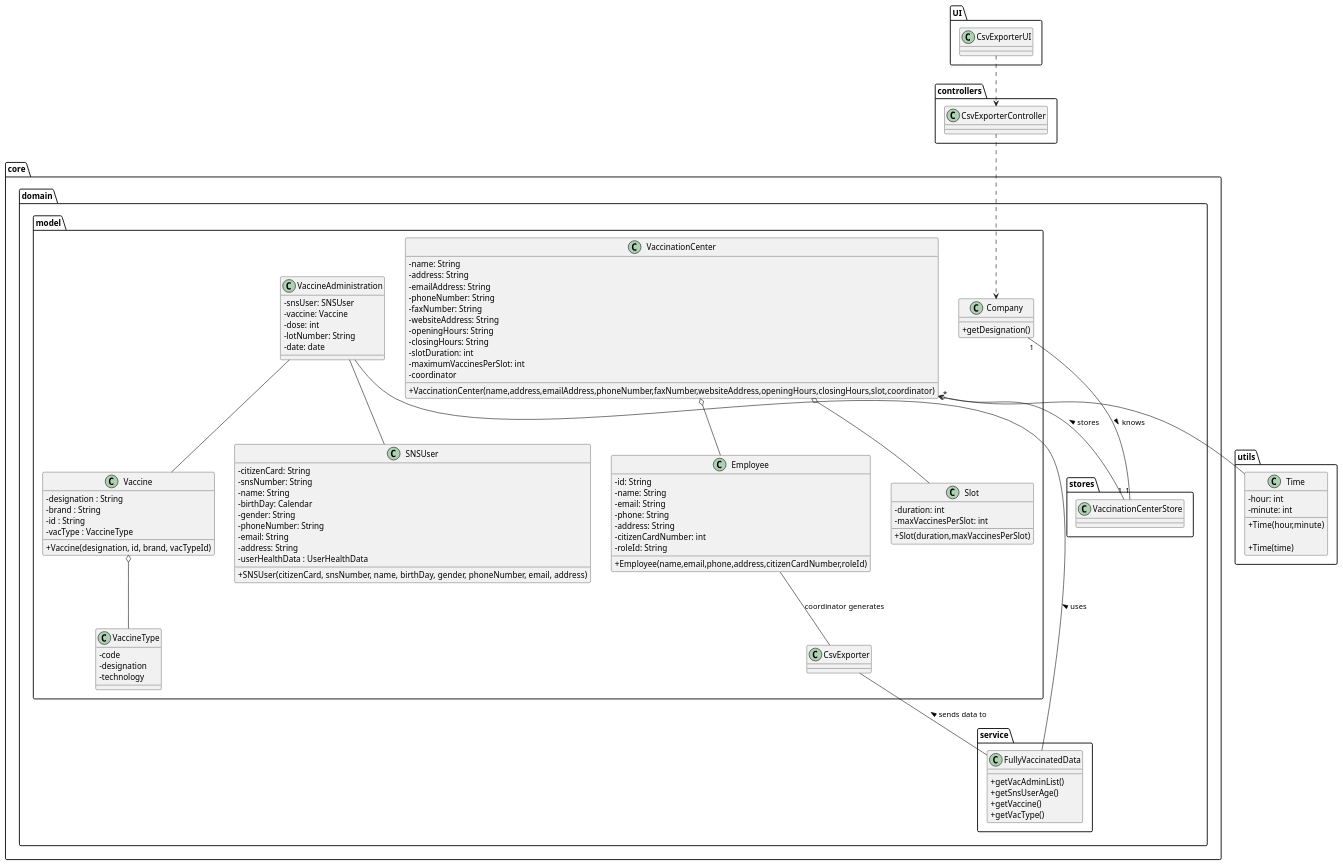
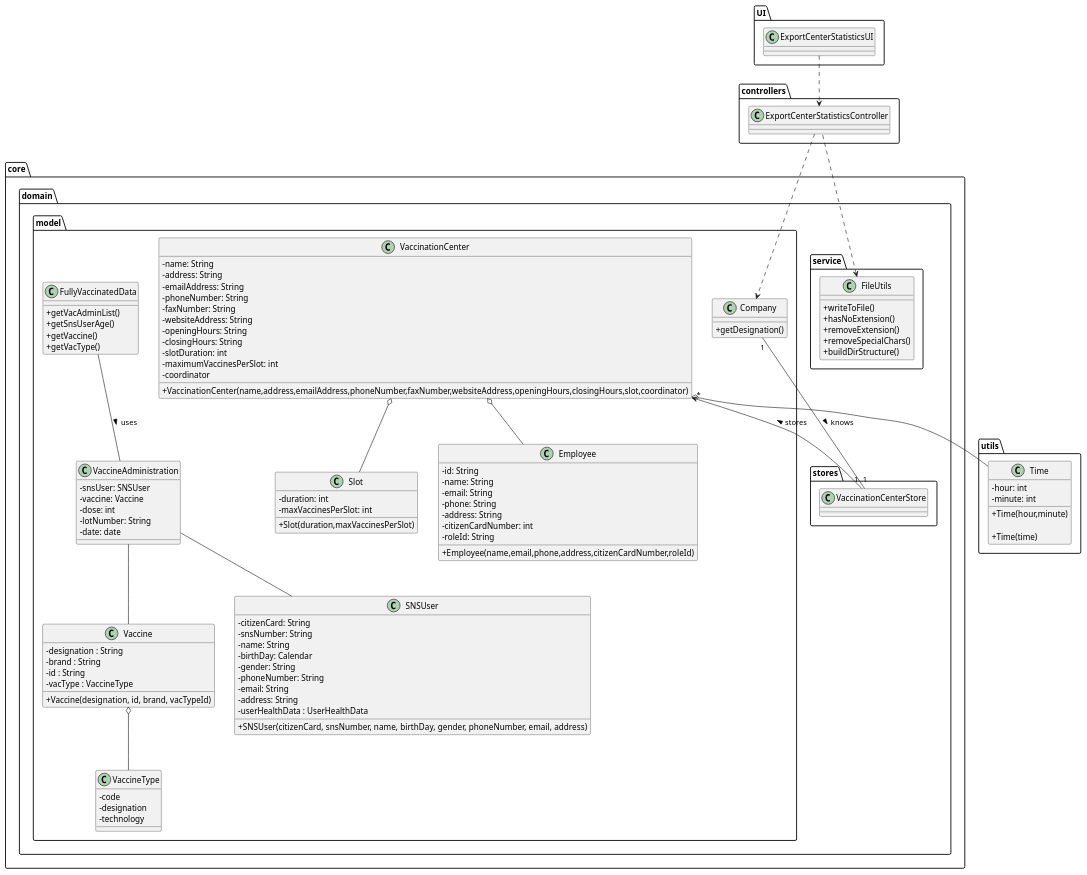
Before and after one commit to miseEnPlace-i/lapr2: the diagram in docs/SprintD/US15/CD/US15_CD.puml, drawn with PlantUML. The commit also changed 1 other file, not shown here.

```diff
--- a/docs/SprintD/US15/CD/US15_CD.puml
+++ b/docs/SprintD/US15/CD/US15_CD.puml
@@ -1,152 +1,152 @@
 @startuml US15_CD
 skinparam classAttributeIconSize 0
 
 package UI {
-class CsvExporterUI {}
+class ExportCenterStatisticsUI {}
 }
 
 package controllers {
-     class CsvExporterController {
+     class ExportCenterStatisticsController {
 
      }
 }
 
    package utils {
      class Time {
        - hour: int
        - minute: int
        +Time(hour,minute)
 
        +Time(time)
      }
    }
 
 package core {
   package domain {
 
     package service {
 
+class FileUtils {
+  +writeToFile()
+  +hasNoExtension()
+  +removeExtension()
+  +removeSpecialChars()
+  +buildDirStructure()
+}
+}
+
+    package model {
+
 class FullyVaccinatedData {
     +getVacAdminList()
     +getSnsUserAge()
     +getVaccine()
     +getVacType()
     }
-}
-
-    package model {
-
-class CsvExporter {}
 
 class VaccineAdministration {
   -snsUser: SNSUser
   -vaccine: Vaccine
   -dose: int
   -lotNumber: String
   -date: date
 }
 
 class Company {
     +getDesignation()
 }
 
 class VaccinationCenter {
     - name: String
     - address: String
     - emailAddress: String
     - phoneNumber: String
     - faxNumber: String
     - websiteAddress: String
     - openingHours: String
     - closingHours: String
     - slotDuration: int
     - maximumVaccinesPerSlot: int
     - coordinator
         
     +VaccinationCenter(name,address,emailAddress,phoneNumber,faxNumber,websiteAddress,openingHours,closingHours,slot,coordinator)
 }
 
 
 class Employee {
     -id: String 
     -name: String 
     -email: String 
     -phone: String 
     -address: String 
     -citizenCardNumber: int 
     -roleId: String 
 
     +Employee(name,email,phone,address,citizenCardNumber,roleId)
 }
 
 class Slot {
     -duration: int
     -maxVaccinesPerSlot: int
 
     +Slot(duration,maxVaccinesPerSlot)
 }
 
 class Vaccine {
   -designation : String
   -brand : String
   -id : String
   -vacType : VaccineType
 
   +Vaccine(designation, id, brand, vacTypeId)
 }
 
 class VaccineType {
   -code
   -designation
   -technology 
 }
 
 class SNSUser {
   - citizenCard: String
   - snsNumber: String
   - name: String
   - birthDay: Calendar
   - gender: String
   - phoneNumber: String
   - email: String
   - address: String
   - userHealthData : UserHealthData
   + SNSUser(citizenCard, snsNumber, name, birthDay, gender, phoneNumber, email, address)
 }
 
 
 }
 
 package stores {
       class VaccinationCenterStore {}
       }
 }
 
 
+ExportCenterStatisticsUI ..> ExportCenterStatisticsController
 
-
-
-CsvExporterUI ..> CsvExporterController
-
-CsvExporterController ..> Company
+ExportCenterStatisticsController ..> Company
 
 Company "1" -- "1" VaccinationCenterStore : knows >
 
 VaccinationCenter o-- Employee
 VaccinationCenter o-- Time 
 VaccinationCenter o-- Slot
 
 Vaccine o-- VaccineType
 
 VaccineAdministration -- Vaccine
 VaccineAdministration -- SNSUser
 
 FullyVaccinatedData -- VaccineAdministration : uses >
 
-CsvExporter -- FullyVaccinatedData : sends data to <
-
-Employee -- CsvExporter : coordinator generates
-
+FileUtils <.. ExportCenterStatisticsController
 
 VaccinationCenterStore "1" --> "*" VaccinationCenter : stores >
 @enduml
```
